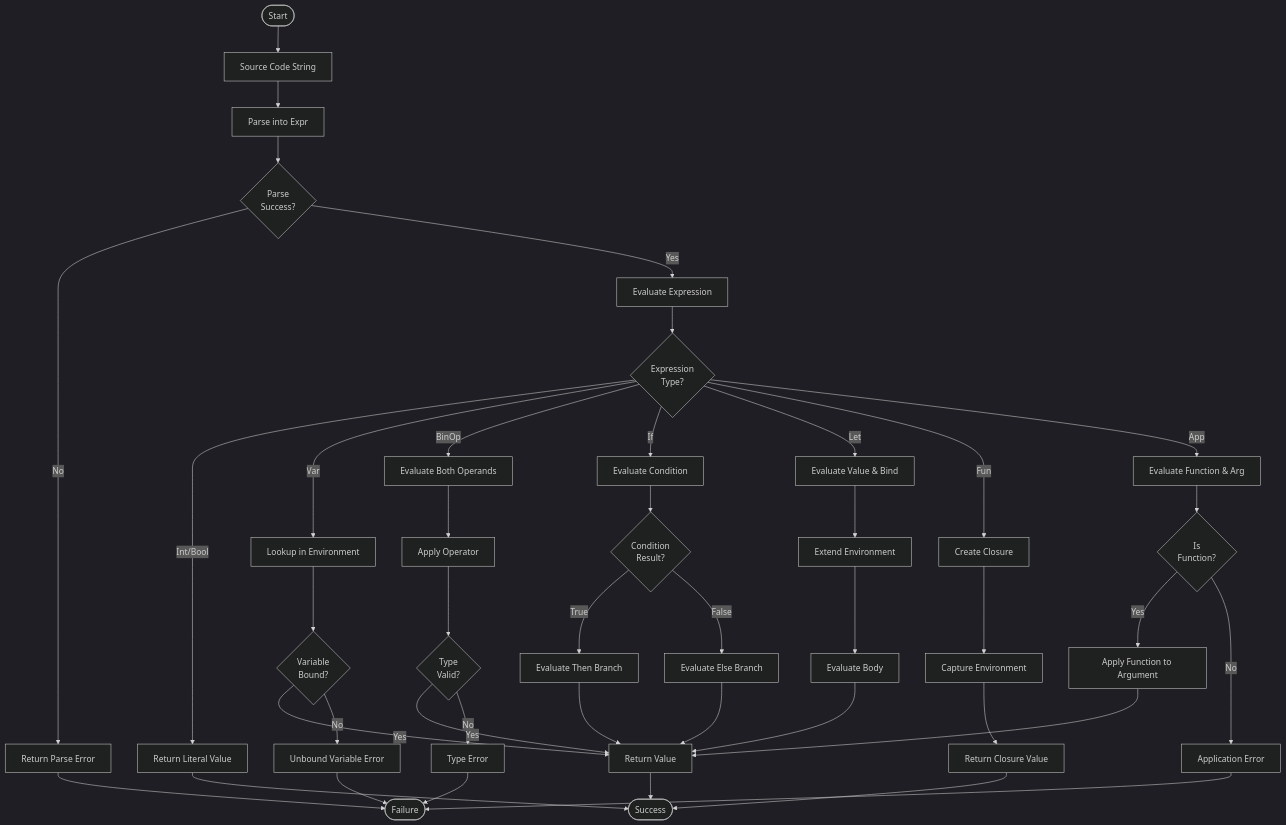
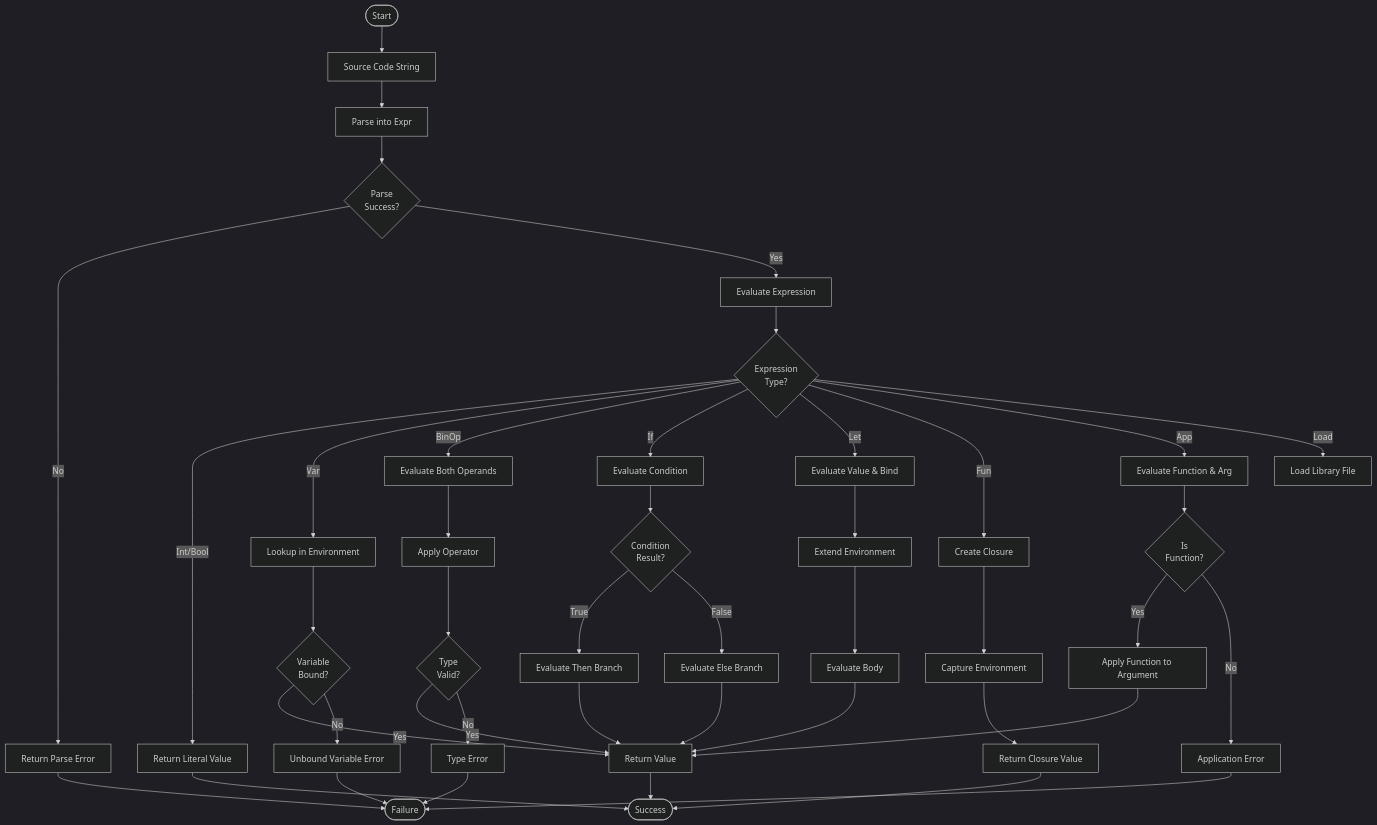
The third of 6 diagrams in docs/ARCHITECTURE.md (vansweej/parlang), drawn with Mermaid (dark theme) before and after one commit. The commit also changed other lines of this file and 4 other files, not shown here.

````diff
--- a/docs/ARCHITECTURE.md
+++ b/docs/ARCHITECTURE.md
@@ -134,53 +135,54 @@
 ```mermaid
 flowchart TD
     START([Start]) --> INPUT[Source Code String]
     INPUT --> PARSE[Parse into Expr]
     PARSE --> CHECK_PARSE{Parse<br/>Success?}
     CHECK_PARSE -->|No| PARSE_ERROR[Return Parse Error]
     CHECK_PARSE -->|Yes| EVAL_EXPR[Evaluate Expression]
     
     EVAL_EXPR --> EXPR_TYPE{Expression<br/>Type?}
     
     EXPR_TYPE -->|Int/Bool| RETURN_LITERAL[Return Literal Value]
     EXPR_TYPE -->|Var| LOOKUP[Lookup in Environment]
     EXPR_TYPE -->|BinOp| EVAL_BINOP[Evaluate Both Operands]
     EXPR_TYPE -->|If| EVAL_IF[Evaluate Condition]
     EXPR_TYPE -->|Let| EVAL_LET[Evaluate Value & Bind]
     EXPR_TYPE -->|Fun| CREATE_CLOSURE[Create Closure]
     EXPR_TYPE -->|App| EVAL_APP[Evaluate Function & Arg]
+    EXPR_TYPE -->|Load| LOAD_LIB[Load Library File]
     
     LOOKUP --> CHECK_BOUND{Variable<br/>Bound?}
     CHECK_BOUND -->|Yes| RETURN_VALUE[Return Value]
     CHECK_BOUND -->|No| UNBOUND_ERROR[Unbound Variable Error]
     
     EVAL_BINOP --> APPLY_OP[Apply Operator]
     APPLY_OP --> CHECK_TYPE{Type<br/>Valid?}
     CHECK_TYPE -->|Yes| RETURN_VALUE
     CHECK_TYPE -->|No| TYPE_ERROR[Type Error]
     
     EVAL_IF --> CHECK_COND{Condition<br/>Result?}
     CHECK_COND -->|True| EVAL_THEN[Evaluate Then Branch]
     CHECK_COND -->|False| EVAL_ELSE[Evaluate Else Branch]
     EVAL_THEN --> RETURN_VALUE
     EVAL_ELSE --> RETURN_VALUE
     
     EVAL_LET --> UPDATE_ENV[Extend Environment]
     UPDATE_ENV --> EVAL_BODY[Evaluate Body]
     EVAL_BODY --> RETURN_VALUE
     
     CREATE_CLOSURE --> CAPTURE_ENV[Capture Environment]
     CAPTURE_ENV --> RETURN_CLOSURE[Return Closure Value]
     
     EVAL_APP --> CHECK_FUNC{Is<br/>Function?}
     CHECK_FUNC -->|Yes| APPLY_FUNC[Apply Function to Argument]
     CHECK_FUNC -->|No| APP_ERROR[Application Error]
     APPLY_FUNC --> RETURN_VALUE
     
     RETURN_LITERAL --> SUCCESS([Success])
     RETURN_VALUE --> SUCCESS
     RETURN_CLOSURE --> SUCCESS
     PARSE_ERROR --> FAILURE([Failure])
     UNBOUND_ERROR --> FAILURE
     TYPE_ERROR --> FAILURE
     APP_ERROR --> FAILURE
 ```
````
